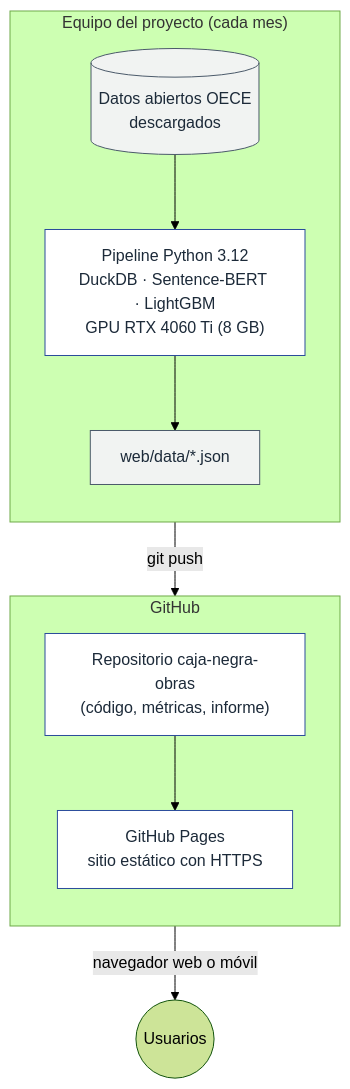
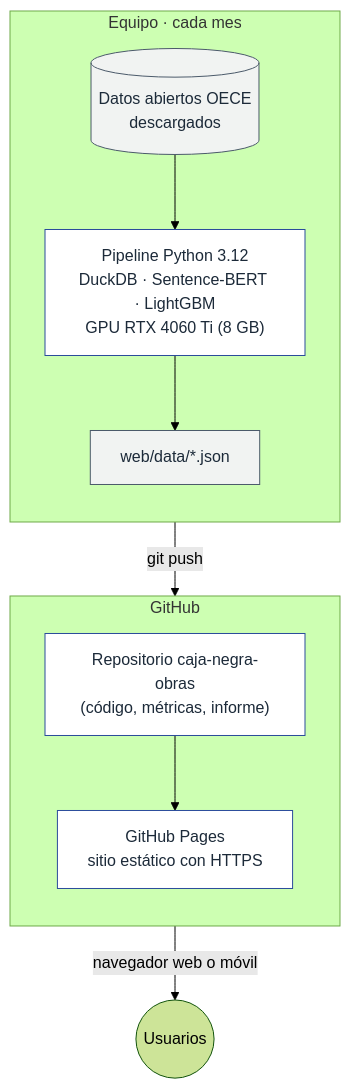
The diagram in diagramas/d10_despliegue.mmd (OwerLopez/caja-negra-obras), drawn with Mermaid (forest theme) before and after one commit. The commit also changed 37 other files, not shown here.

```diff
--- a/diagramas/d10_despliegue.mmd
+++ b/diagramas/d10_despliegue.mmd
@@ -1,16 +1,16 @@
 flowchart TB
-  subgraph PC["Equipo del proyecto (cada mes)"]
+  subgraph PC["Equipo · cada mes"]
     direction TB
     d[("Datos abiertos OECE<br/>descargados")] --> py["Pipeline Python 3.12<br/>DuckDB · Sentence-BERT · LightGBM<br/>GPU RTX 4060 Ti (8 GB)"]
     py --> js["web/data/*.json"]
   end
   subgraph GH["GitHub"]
     direction TB
     repo["Repositorio caja-negra-obras<br/>(código, métricas, informe)"] --> pages["GitHub Pages<br/>sitio estático con HTTPS"]
   end
   js -->|"git push"| repo
   pages -->|"navegador web o móvil"| u(("Usuarios"))
   classDef a fill:#ffffff,stroke:#2b4c9b,color:#1c2a39
   classDef b fill:#f1f3f2,stroke:#4b5a6a,color:#1c2a39
   class py,repo,pages a
   class d,js b
```
